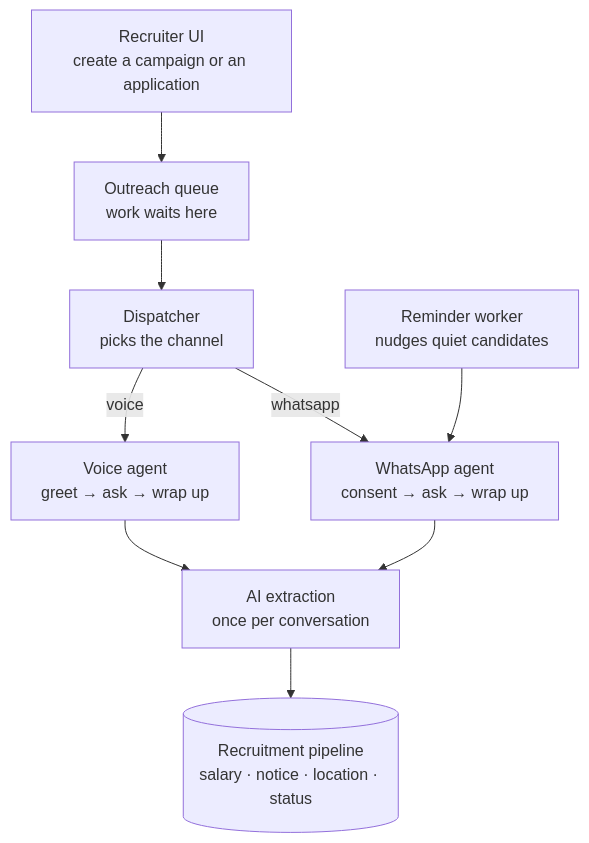
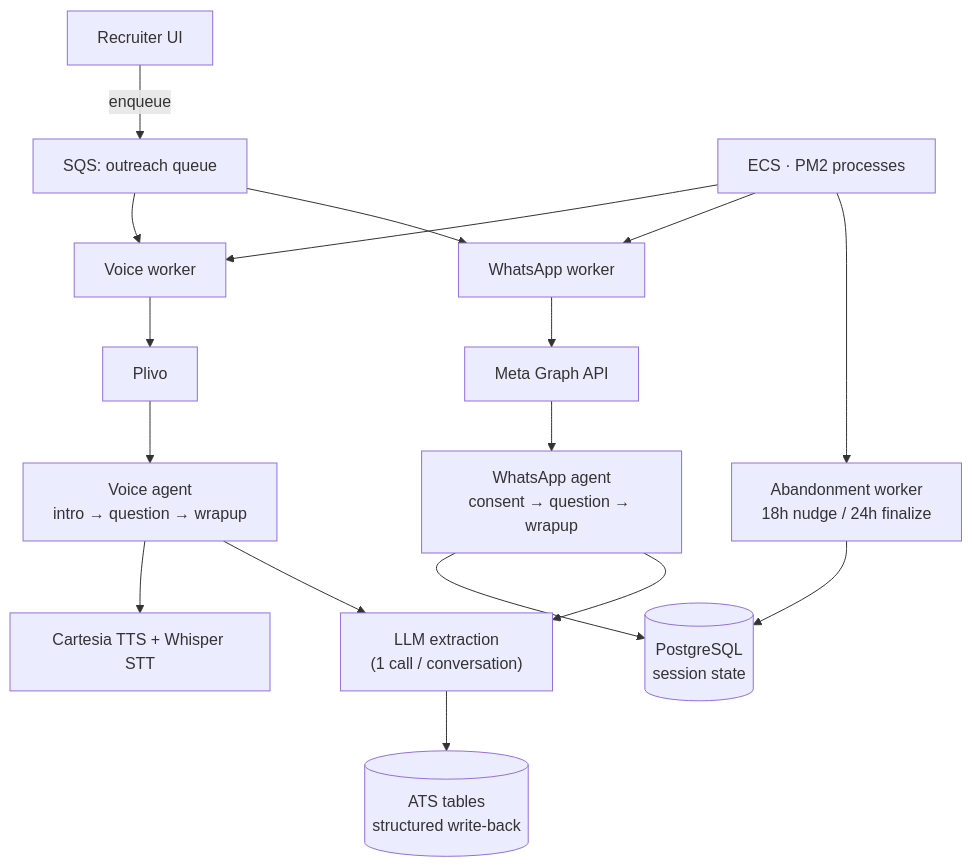
The diagram in README.md (ajaygangarde/candidate-outreach-ai-agent), drawn with Mermaid before and after one commit.

````diff
--- a/README.md
+++ b/README.md
@@ -65,14 +65,23 @@
 ```mermaid
 flowchart TB
-  recruiter["Recruiter UI<br/>create a campaign or an application"] --> queue["Outreach queue<br/>work waits here"]
-  queue --> dispatcher["Dispatcher<br/>picks the channel"]
+  recruiter["Recruiter UI"] -->|enqueue| queue["SQS: outreach queue"]
+  queue --> voiceWorker["Voice worker"]
+  queue --> waWorker["WhatsApp worker"]
 
-  dispatcher -->|voice| voiceAgent["Voice agent<br/>greet → ask → wrap up"]
-  dispatcher -->|whatsapp| waAgent["WhatsApp agent<br/>consent → ask → wrap up"]
+  voiceWorker --> plivo["Plivo"]
+  plivo --> voiceAgent["Voice agent\nintro → question → wrapup"]
+  voiceAgent --> cartesia["Cartesia TTS + Whisper STT"]
 
-  voiceAgent --> extract["AI extraction<br/>once per conversation"]
+  waWorker --> meta["Meta Graph API"]
+  meta --> waAgent["WhatsApp agent\nconsent → question → wrapup"]
+  waAgent --> pg[("PostgreSQL\nsession state")]
+
+  voiceAgent --> extract["LLM extraction\n(1 call / conversation)"]
   waAgent --> extract
-  extract --> ats[("Recruitment pipeline<br/>salary · notice · location · status")]
+  extract --> ats[("ATS tables\nstructured write-back")]
 
-  nudge["Reminder worker<br/>nudges quiet candidates"] --> waAgent
+  abandonWorker["Abandonment worker\n18h nudge / 24h finalize"] --> pg
+  ecs["ECS · PM2 processes"] --> voiceWorker
+  ecs --> waWorker
+  ecs --> abandonWorker
 ```
````
